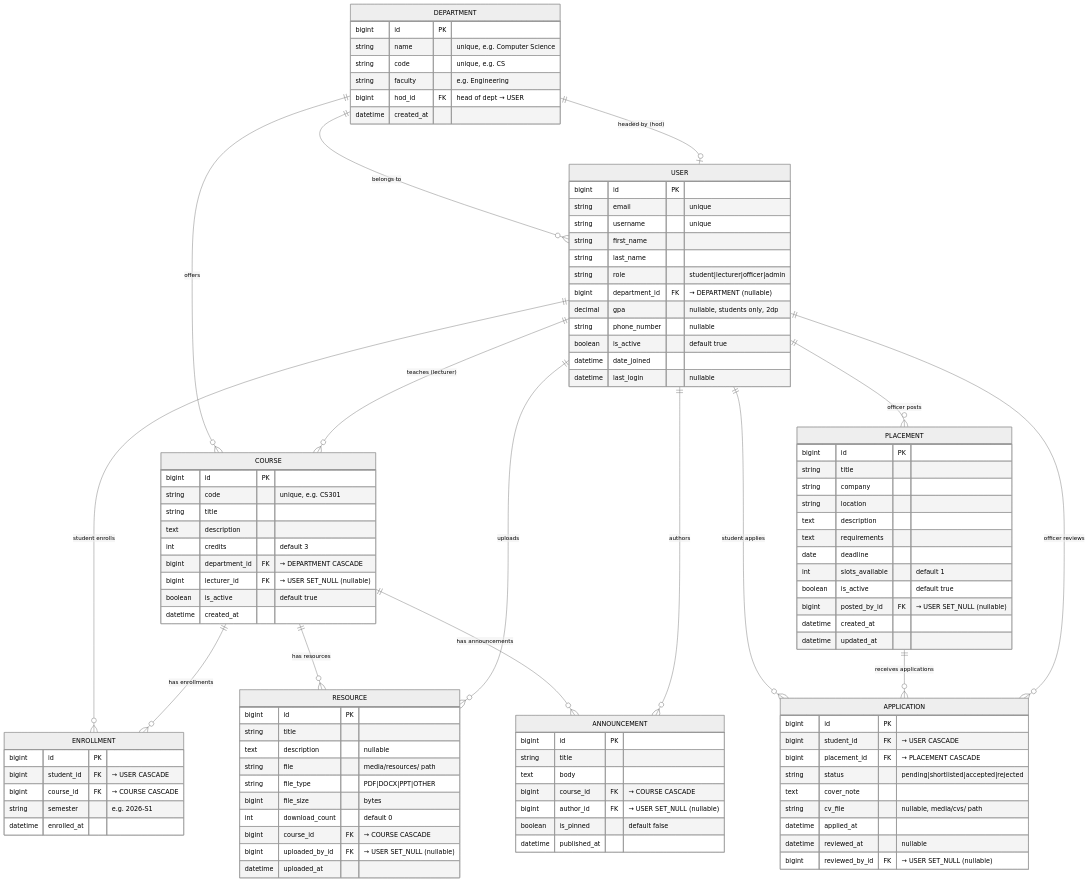
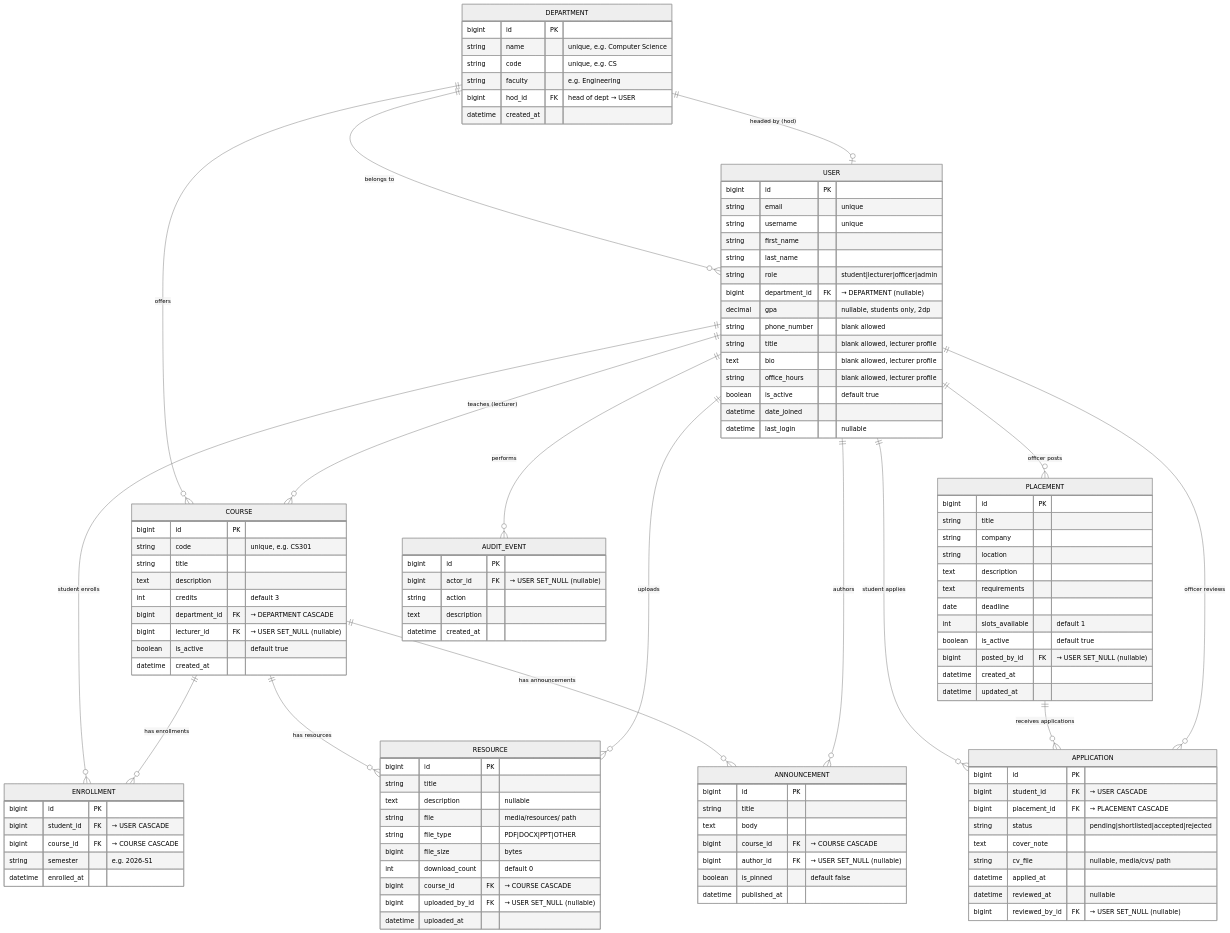
One commit to N3stah/CampusHub-Monorepo changed the diagram in docs/ERD.md. Above: the diagram before and after it, drawn with Mermaid (neutral theme). The commit also changed other lines of this file and 25 other files, not shown here.

````diff
--- a/docs/ERD.md
+++ b/docs/ERD.md
@@ -62,7 +63,10 @@
         string   role           "student|lecturer|officer|admin"
         bigint   department_id  FK "→ DEPARTMENT (nullable)"
         decimal  gpa            "nullable, students only, 2dp"
-        string   phone_number   "nullable"
+        string   phone_number   "blank allowed"
+        string   title          "blank allowed, lecturer profile"
+        text     bio            "blank allowed, lecturer profile"
+        string   office_hours   "blank allowed, lecturer profile"
         boolean  is_active      "default true"
         datetime date_joined
         datetime last_login     "nullable"
@@ -138,6 +142,14 @@
         bigint   reviewed_by_id FK "→ USER SET_NULL (nullable)"
     }
 
+    AUDIT_EVENT {
+        bigint   id             PK
+        bigint   actor_id       FK "→ USER SET_NULL (nullable)"
+        string   action
+        text     description
+        datetime created_at
+    }
+
     %% Relationships
     DEPARTMENT ||--o{ USER         : "belongs to"
     DEPARTMENT ||--o{ COURSE       : "offers"
@@ -153,4 +165,5 @@
     USER       ||--o{ APPLICATION  : "student applies"
     PLACEMENT  ||--o{ APPLICATION  : "receives applications"
     USER       ||--o{ APPLICATION  : "officer reviews"
+    USER       ||--o{ AUDIT_EVENT  : "performs"
 ```
````
